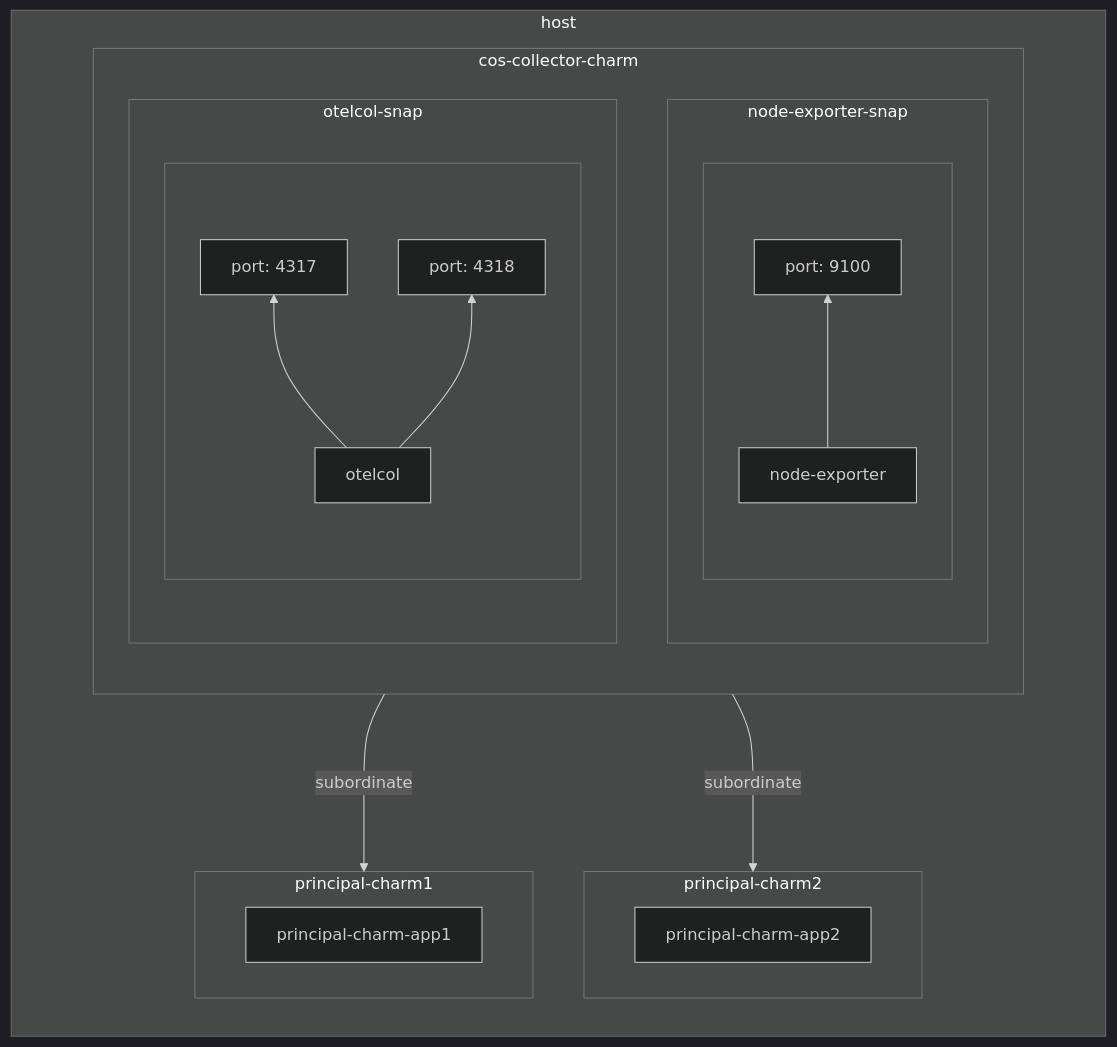
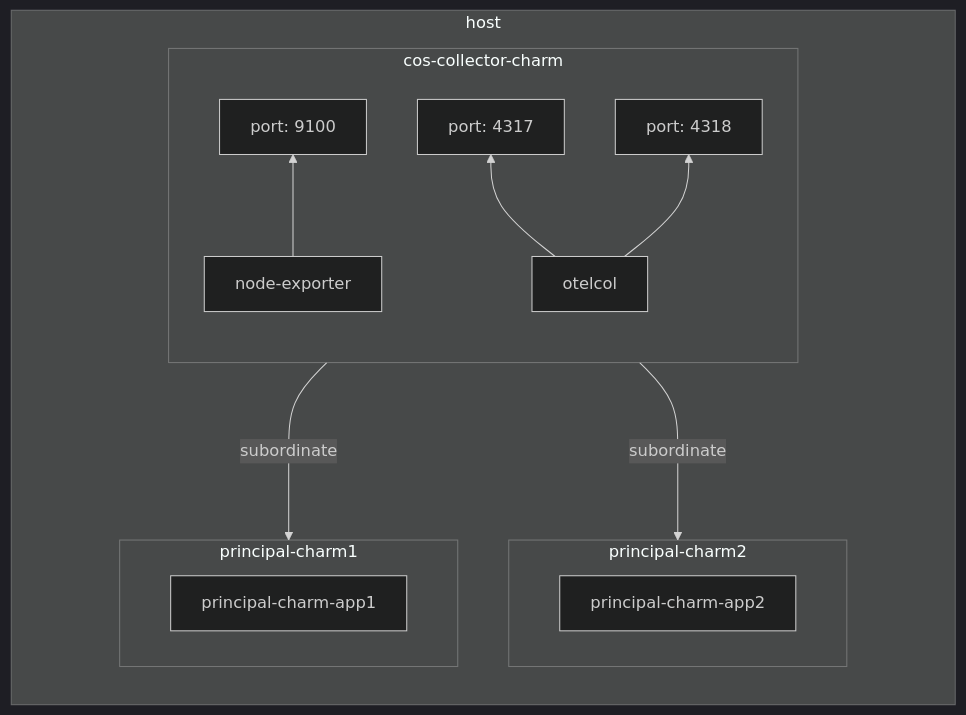
Before and after one commit to canonical/observability: the fifth of 6 diagrams in decision-records/2025-03-20--node-exporter-otelcol-adr.md, drawn with Mermaid (dark theme). The commit also changed other lines of this file, not shown here.

Commit message:
improve diagrams

````diff
--- a/decision-records/2025-03-20--node-exporter-otelcol-adr.md
+++ b/decision-records/2025-03-20--node-exporter-otelcol-adr.md
@@ -272,35 +272,26 @@
 ```mermaid
 flowchart LR
 subgraph host
     subgraph principal-charm1
         principal-charm-app1
     end
     subgraph principal-charm2
         principal-charm-app2
     end
     subgraph cos-collector-charm
     direction BT
-        subgraph node-exporter-snap
-            subgraph ports1[" "]
-                direction BT
-                port9100["port: 9100"]
-                node-exporter1["node-exporter"]
-                node-exporter1 --> port9100
-            end
-        end
-        subgraph otelcol-snap
-            subgraph ports2[" "]
-                direction BT
-                port4317["port: 4317"]
-                port4318["port: 4318"]
-                otelcol1["otelcol"]
-                otelcol1 --> port4317
-                otelcol1 --> port4318
-            end
-        end
+        direction BT
+        port9100["port: 9100"]
+        node-exporter1["node-exporter"]
+        node-exporter1 --> port9100
+
+        port4317["port: 4317"]
+        port4318["port: 4318"]
+        otelcol1["otelcol"]
+        otelcol1 --> port4317
+        otelcol1 --> port4318
     end
     cos-collector-charm --->|"subordinate"| principal-charm1
     cos-collector-charm --->|"subordinate"| principal-charm2
-
 end
 ```
````
